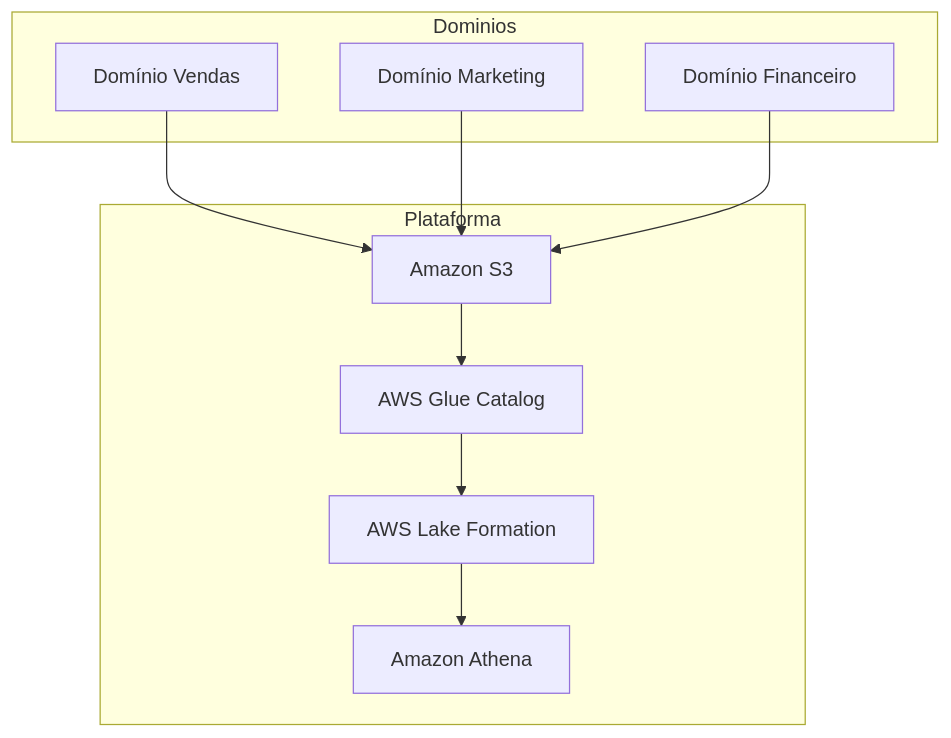
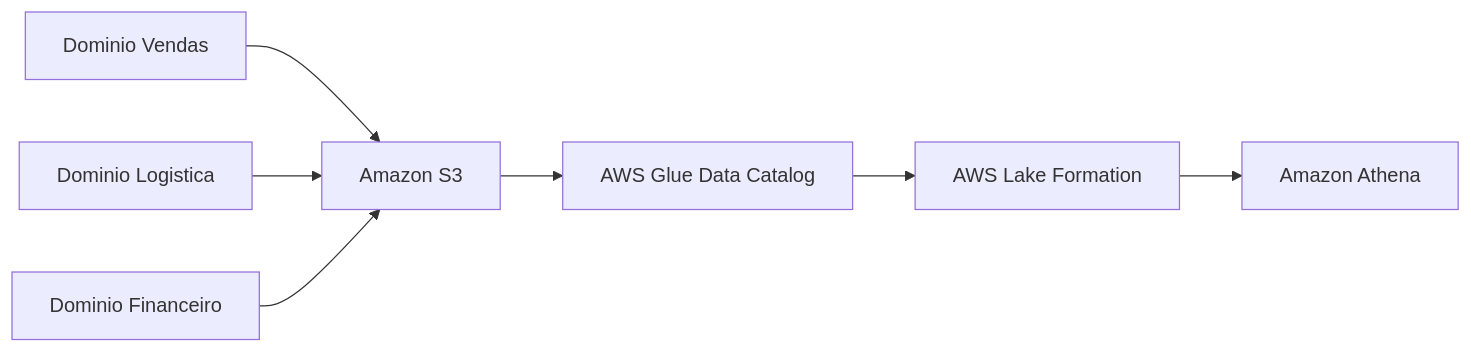
The diagram in fundamentos-engenharia-de-dados/data-mesh.md (Ito-Santana/aws-dea-guia-estudos), drawn with Mermaid before and after one commit. The commit also changed other lines of this file and 9 other files, not shown here.

````diff
--- a/fundamentos-engenharia-de-dados/data-mesh.md
+++ b/fundamentos-engenharia-de-dados/data-mesh.md
@@ -127,22 +65,9 @@
-<div class="mermaid">
-flowchart TB
-    subgraph Dominios
-      A[Domínio Vendas]
-      B[Domínio Marketing]
-      C[Domínio Financeiro]
-    end
-
-    subgraph Plataforma
-      D[Amazon S3]
-      E[AWS Glue Catalog]
-      F[AWS Lake Formation]
-      G[Amazon Athena]
-    end
-
-    A --> D
-    B --> D
-    C --> D
-    D --> E
-    E --> F
-    F --> G
-</div>
+```mermaid
+flowchart LR
+    A[Dominio Vendas] --> D[Amazon S3]
+    B[Dominio Logistica] --> D
+    C[Dominio Financeiro] --> D
+    D --> E[AWS Glue Data Catalog]
+    E --> F[AWS Lake Formation]
+    F --> G[Amazon Athena]
+```
````
